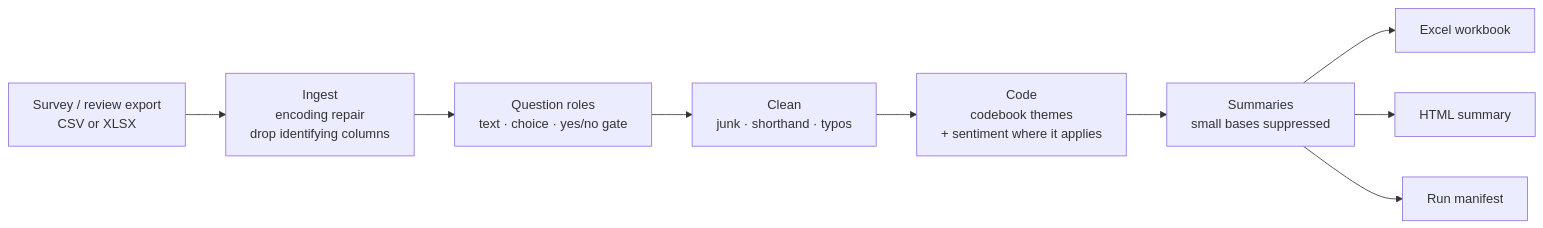
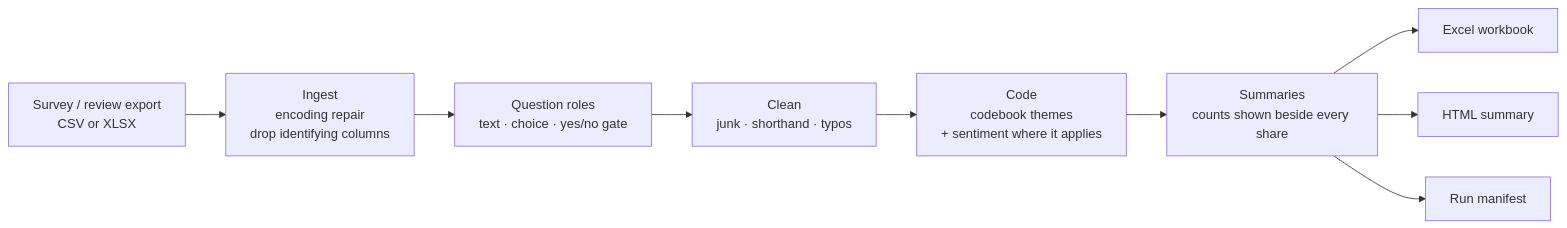
Before and after one commit to SylviaZam/Automated-Review-Analysis-Pipeline: the diagram in README.md, drawn with Mermaid. The commit also changed other lines of this file and 7 other files, not shown here.

First line of the commit message:
Propose brand-specific themes per analysis; stop hiding small bases

````diff
--- a/README.md
+++ b/README.md
@@ -42,11 +42,11 @@
 ```mermaid
 flowchart LR
     A[Survey / review export<br>CSV or XLSX] --> B[Ingest<br>encoding repair<br>drop identifying columns]
     B --> C[Question roles<br>text · choice · yes/no gate]
     C --> D[Clean<br>junk · shorthand · typos]
     D --> E[Code<br>codebook themes<br>+ sentiment where it applies]
-    E --> F[Summaries<br>small bases suppressed]
+    E --> F[Summaries<br>counts shown beside every share]
     F --> G[Excel workbook]
     F --> H[HTML summary]
     F --> I[Run manifest]
 ```
````
